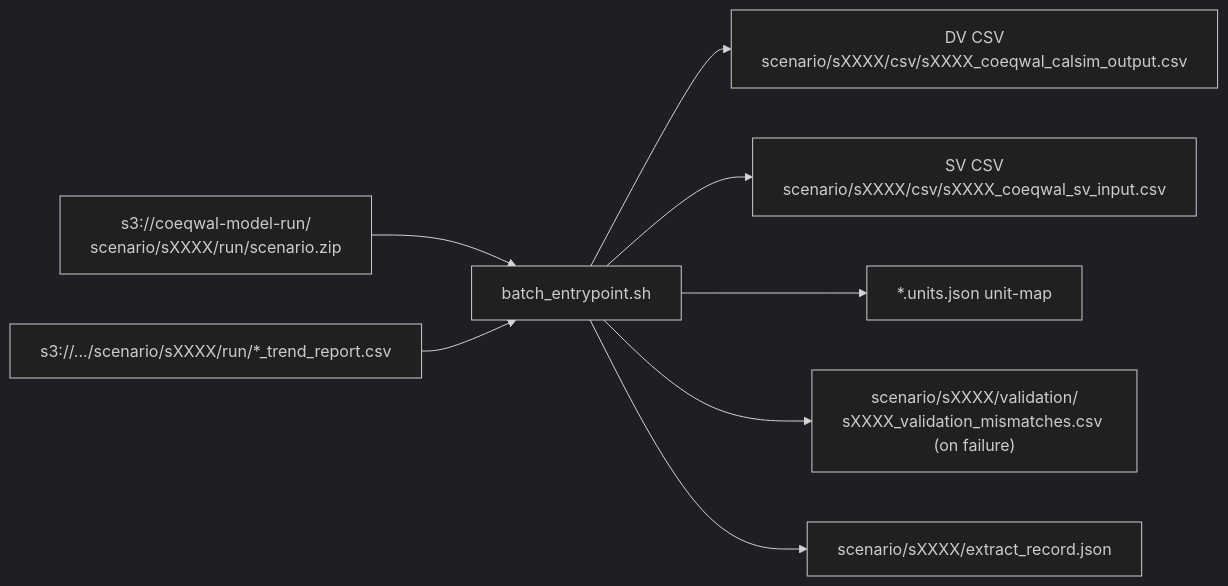
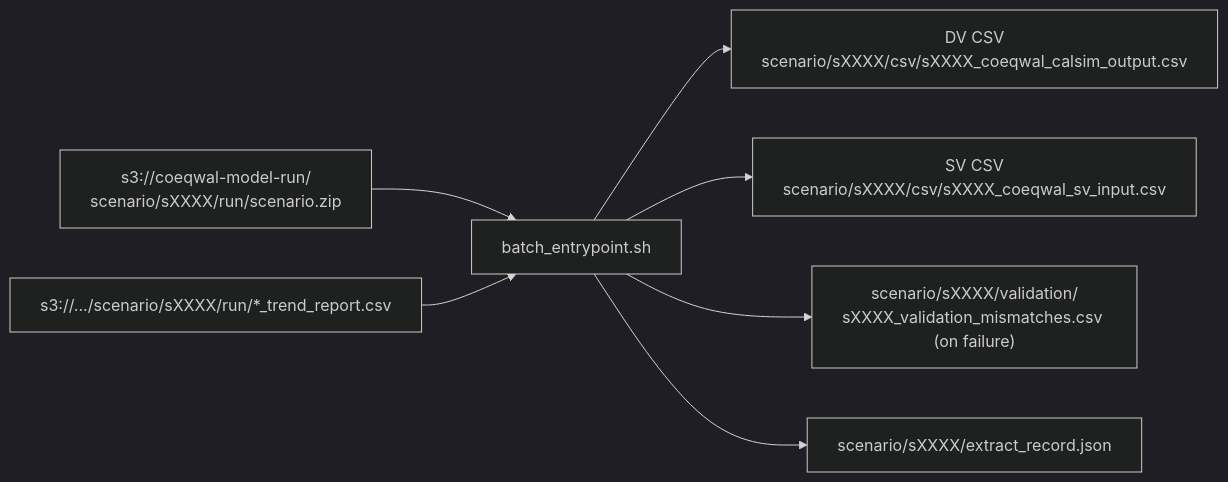
One commit to berkeley-gif/coeqwal-data-platform changed the diagram in etl/batch-container/README.md. Above: the diagram before and after it, drawn with Mermaid (dark theme). The commit also changed other lines of this file and 8 other files, not shown here.

````diff
--- a/etl/batch-container/README.md
+++ b/etl/batch-container/README.md
@@ -53,19 +52,17 @@
 ```mermaid
 flowchart LR
   In["s3://coeqwal-model-run/<br/>scenario/sXXXX/run/scenario.zip"]
   Trend["s3://.../scenario/sXXXX/run/*_trend_report.csv"]
   Container["batch_entrypoint.sh"]
   DV["DV CSV<br/>scenario/sXXXX/csv/sXXXX_coeqwal_calsim_output.csv"]
   SV["SV CSV<br/>scenario/sXXXX/csv/sXXXX_coeqwal_sv_input.csv"]
-  Units["*.units.json unit-map"]
   Valid["scenario/sXXXX/validation/<br/>sXXXX_validation_mismatches.csv (on failure)"]
   Rec["scenario/sXXXX/extract_record.json"]
 
   In --> Container
   Trend --> Container
   Container --> DV
   Container --> SV
-  Container --> Units
   Container --> Valid
   Container --> Rec
 ```
````
